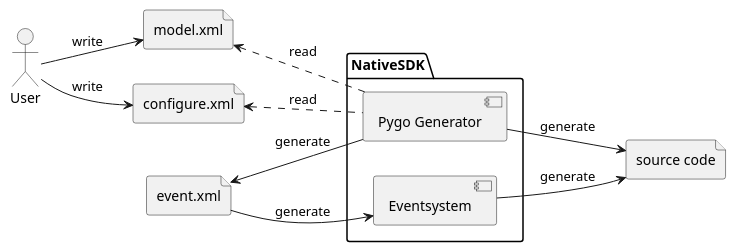
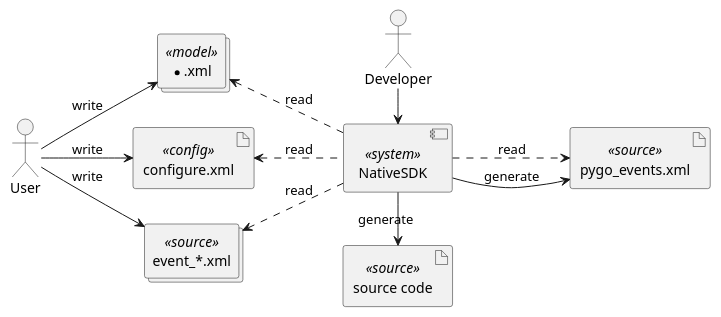
The second of 2 diagrams in architecture-sdk/src/03_system_scope_and_context.adoc (coderKillo/architecture), drawn with PlantUML before and after one commit. The commit also changed other lines of this file and 9 other files, not shown here.

Commit message:
edit diagrams

```diff
--- a/architecture-sdk/src/03_system_scope_and_context.adoc
+++ b/architecture-sdk/src/03_system_scope_and_context.adoc
@@ -12,31 +74,33 @@
-[plantuml, context, svg]
+[plantuml, technical_context, svg]
 ----
 @startuml
 
 left to right direction
 
 skinparam monochrome true
 skinparam shadowing false
+skinparam componentStyle uml2
 
 Actor User
-package NativeSDK{
-    component Eventsystem as event
-    component "Pygo Generator" as pygo
-}
-File "model.xml" as model
-File "configure.xml" as config
-File "event.xml" as event_xml
-File "source code" as source
+Actor Developer
+collections "*.xml" <<model>> as model
+artifact "configure.xml" <<config>> as config
+collections "event_*.xml" <<source>> as event_x
+component NativeSDK <<system>> as system
+artifact "pygo_events.xml" <<source>> as event_xml
+artifact "source code" <<source>> as source
 
 
 User --> model:write
 User --> config:write
-model <.. pygo:read
-config <.. pygo:read
-pygo --> source:generate
-pygo --> event_xml:generate
-event_xml --> event:generate
-event -> source:generate
+User --> event_x:write
+Developer -> system
+model <.. system:read
+config <.. system:read
+event_x <.. system:read
+system -> source:generate
+system ..> event_xml:read
+system --> event_xml:generate
 
 @enduml
 ----
```
